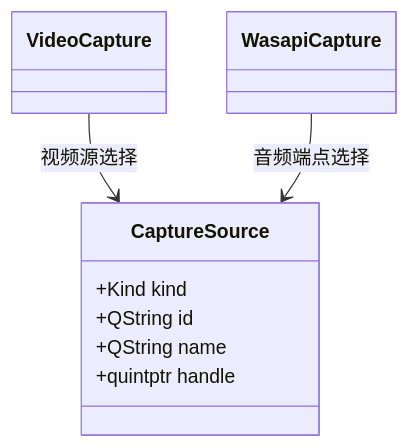
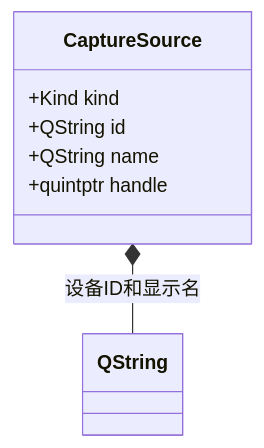
The diagram in docs/uml/CaptureSource.mmd (kingsman-svg/OBS), drawn with Mermaid before and after one commit. The commit also changed 59 other files, not shown here.

```diff
--- a/docs/uml/CaptureSource.mmd
+++ b/docs/uml/CaptureSource.mmd
@@ -1,9 +1,9 @@
 classDiagram
+%% 设备ID用于打开；友好名称用于显示；句柄启动时校验
 class CaptureSource {
   +Kind kind
   +QString id
   +QString name
   +quintptr handle
 }
-VideoCapture --> CaptureSource : 视频源选择
-WasapiCapture --> CaptureSource : 音频端点选择
+CaptureSource *-- QString : 设备ID和显示名
```
